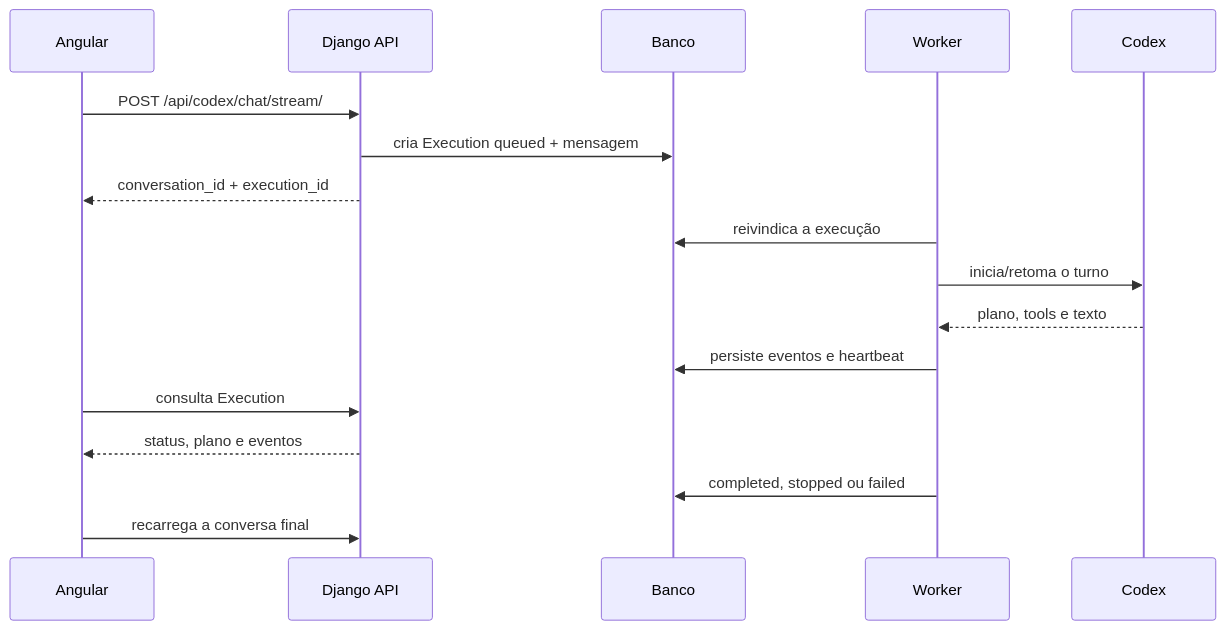
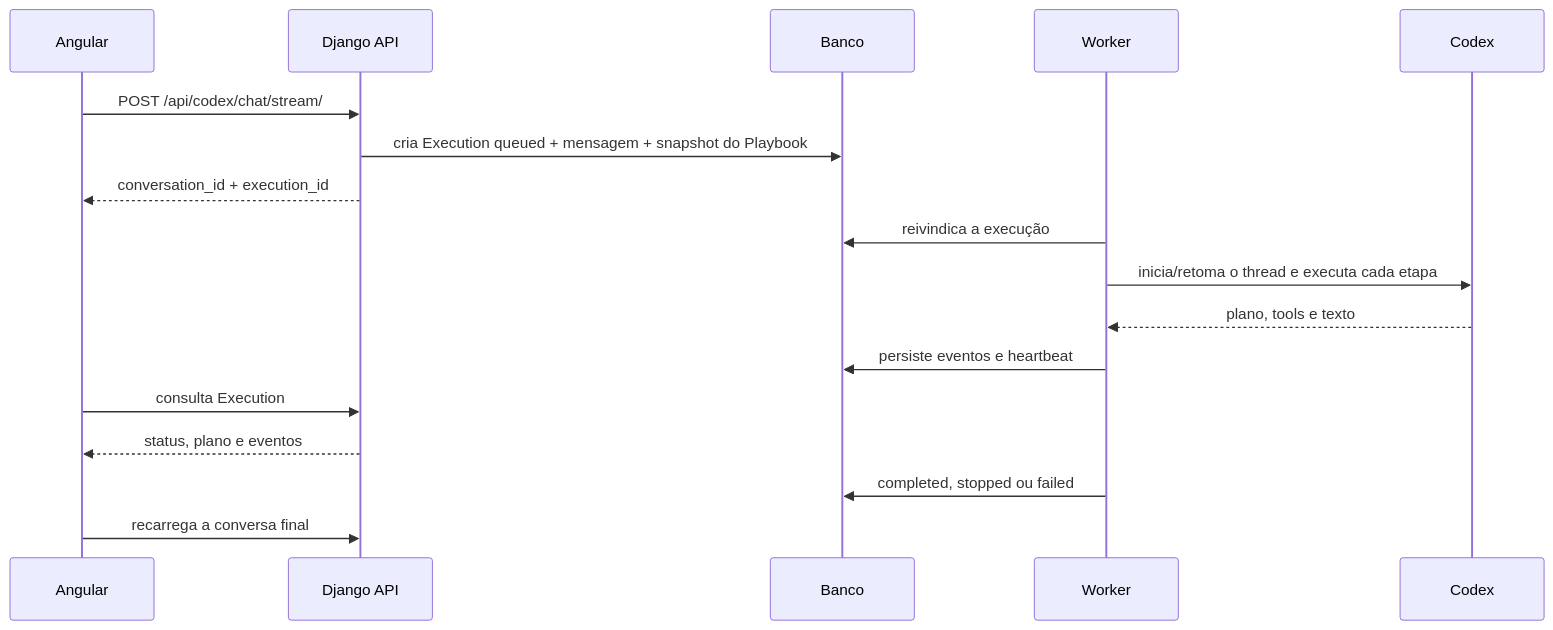
One commit to vitorribas0/multi_agente_it changed the third of 3 diagrams in documentacao/ARQUITETURA_COMPLETA.md. Above: the diagram before and after it, drawn with Mermaid. The commit also changed other lines of this file and 23 other files, not shown here.

````diff
--- a/documentacao/ARQUITETURA_COMPLETA.md
+++ b/documentacao/ARQUITETURA_COMPLETA.md
@@ -62,20 +96,20 @@
 ```mermaid
 sequenceDiagram
     participant UI as Angular
     participant API as Django API
     participant DB as Banco
     participant WK as Worker
     participant CX as Codex
 
     UI->>API: POST /api/codex/chat/stream/
-    API->>DB: cria Execution queued + mensagem
+    API->>DB: cria Execution queued + mensagem + snapshot do Playbook
     API-->>UI: conversation_id + execution_id
     WK->>DB: reivindica a execução
-    WK->>CX: inicia/retoma o turno
+    WK->>CX: inicia/retoma o thread e executa cada etapa
     CX-->>WK: plano, tools e texto
     WK->>DB: persiste eventos e heartbeat
     UI->>API: consulta Execution
     API-->>UI: status, plano e eventos
     WK->>DB: completed, stopped ou failed
     UI->>API: recarrega a conversa final
 ```
````
